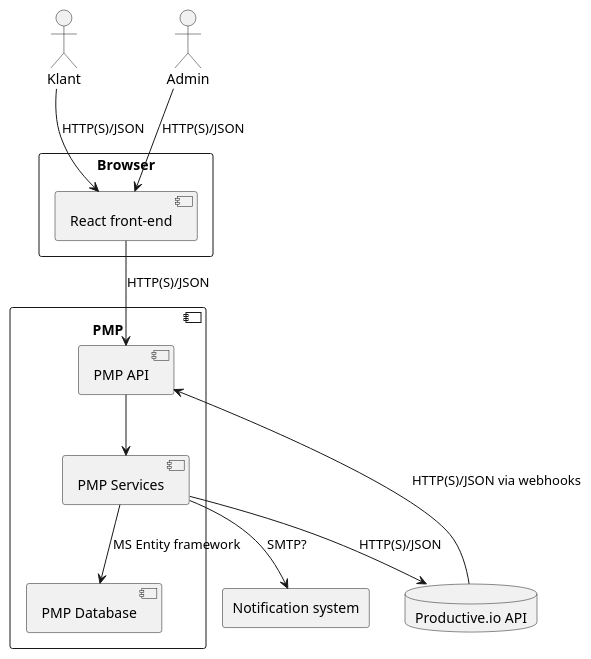
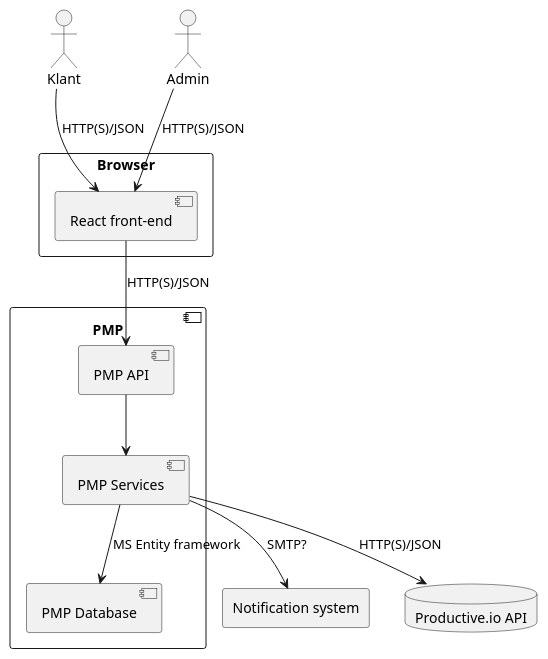
The diagram in Documentatie/UML/Technisch/C4_Containers.md (DCReceveur/pre-afstudeer-docs), drawn with PlantUML before and after one commit. The commit also changed 5 other files, not shown here.

````diff
--- a/Documentatie/UML/Technisch/C4_Containers.md
+++ b/Documentatie/UML/Technisch/C4_Containers.md
@@ -1,28 +1,27 @@
 ```puml
 
 actor Klant
 actor Admin
 
 rectangle Browser{
 component "React front-end" as PWA
 }
 
 component PMP{
 component "PMP API" as API
 component "PMP Database" as DB
 component "PMP Services" as Service
 }
 
 rectangle "Notification system" as NS
 database "Productive.io API" as PR_API
 
 Klant --> PWA : HTTP(S)/JSON
 Admin --> PWA : HTTP(S)/JSON
 PWA --> API : HTTP(S)/JSON
 Service --> DB : MS Entity framework
 API-->Service
 Service --> PR_API : HTTP(S)/JSON
-PR_API -[norank]-> API : HTTP(S)/JSON via webhooks
 Service --> NS : SMTP?
 
 ```
````
